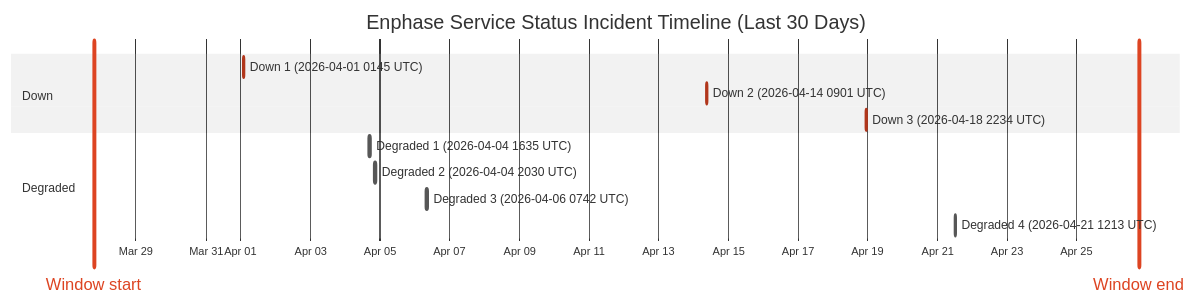
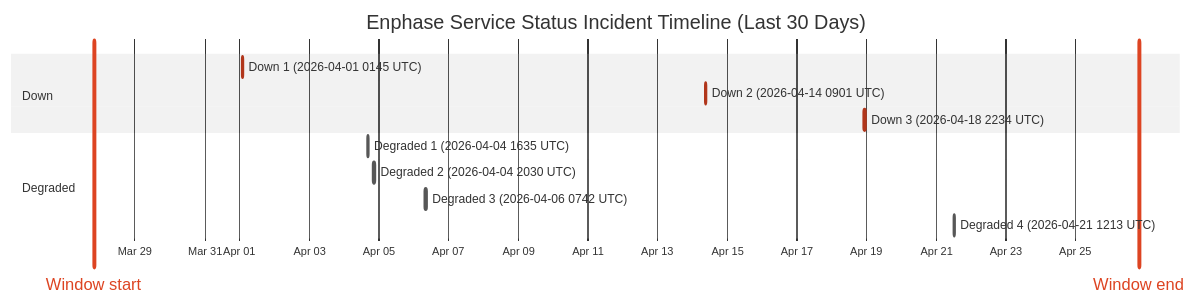
Before and after one commit to barneyonline/ha-enphase-ev-charger: the diagram in wiki/Service-Status-History.md, drawn with Mermaid (neutral theme). The commit also changed other lines of this file and 3 other files, not shown here.

````diff
--- a/wiki/Service-Status-History.md
+++ b/wiki/Service-Status-History.md
@@ -14,17 +14,17 @@
 ```mermaid
 gantt
     title Enphase Service Status Incident Timeline (Last 30 Days)
     dateFormat  YYYY-MM-DDTHH:mm:ss
     axisFormat  %b %d
-    Window start :vert, window-start, 2026-03-27T18:53:42, 0ms
-    Window end :vert, window-end, 2026-04-26T18:53:42, 0ms
+    Window start :vert, window-start, 2026-03-27T19:45:45, 0ms
+    Window end :vert, window-end, 2026-04-26T19:45:45, 0ms
     section Down
     Down 1 (2026-04-01 0145 UTC) :crit, down-1, 2026-04-01T01:45:09, 60m
     Down 2 (2026-04-14 0901 UTC) :crit, down-2, 2026-04-14T09:01:13, 60m
     Down 3 (2026-04-18 2234 UTC) :crit, down-3, 2026-04-18T22:34:13, 60m
     section Degraded
     Degraded 1 (2026-04-04 1635 UTC) :active, degraded-1, 2026-04-04T16:35:17, 60m
     Degraded 2 (2026-04-04 2030 UTC) :active, degraded-2, 2026-04-04T20:30:40, 60m
     Degraded 3 (2026-04-06 0742 UTC) :active, degraded-3, 2026-04-06T07:42:09, 85m
     Degraded 4 (2026-04-21 1213 UTC) :active, degraded-4, 2026-04-21T12:13:11, 60m
 ```
````
